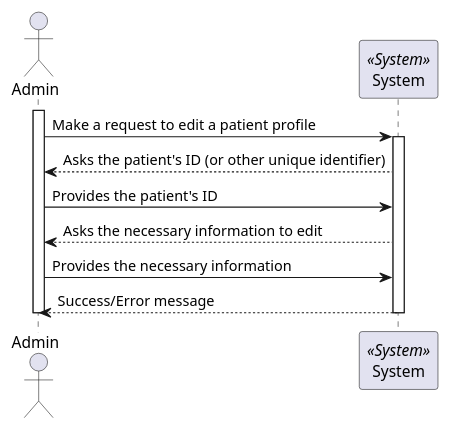
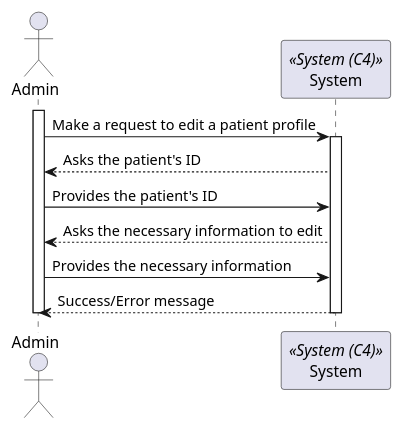
The diagram in docs/Sprint_1/US_5.1.9/L1/Process_View.puml (Rodrick0209/ISEP-SEM5PI-24-25), drawn with PlantUML before and after one commit. The commit also changed 3 other files, not shown here.

```diff
--- a/docs/Sprint_1/US_5.1.9/L1/Process_View.puml
+++ b/docs/Sprint_1/US_5.1.9/L1/Process_View.puml
@@ -2,17 +2,17 @@
 @startuml Process_View
 actor Admin 
-participant System <<System>>
+participant System <<System (C4)>>
 
 activate Admin
 
 Admin -> System: Make a request to edit a patient profile
 activate System
-System --> Admin : Asks the patient's ID (or other unique identifier)
+System --> Admin : Asks the patient's ID
 Admin -> System: Provides the patient's ID
 System --> Admin : Asks the necessary information to edit
 Admin -> System: Provides the necessary information
 System --> Admin : Success/Error message
 deactivate System
 deactivate Admin
 
 @enduml
```
